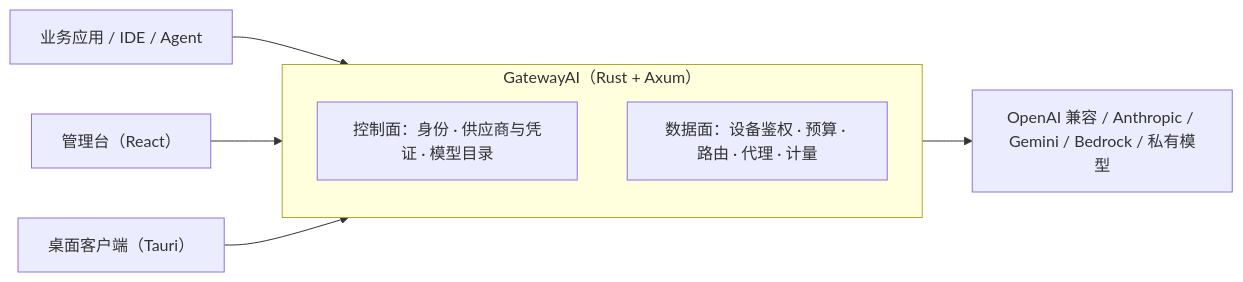
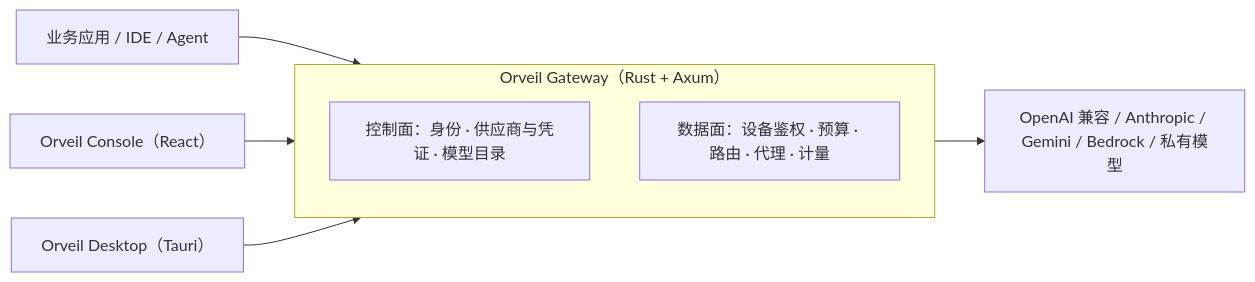
The diagram in README.md (Xiao-VoV/GatewayAI), drawn with Mermaid before and after one commit. The commit also changed other lines of this file and 122 other files, not shown here.

````diff
--- a/README.md
+++ b/README.md
@@ -62,14 +109,14 @@
 ```mermaid
 flowchart LR
     CLIENT["业务应用 / IDE / Agent"] --> GW
-    ADMIN["管理台（React）"] --> GW
-    DESKTOP["桌面客户端（Tauri）"] --> GW
+    ADMIN["Orveil Console（React）"] --> GW
+    DESKTOP["Orveil Desktop（Tauri）"] --> GW
 
-    subgraph GW["GatewayAI（Rust + Axum）"]
+    subgraph GW["Orveil Gateway（Rust + Axum）"]
         direction TB
         CP["控制面：身份 · 供应商与凭证 · 模型目录"]
         DP["数据面：设备鉴权 · 预算 · 路由 · 代理 · 计量"]
     end
 
     GW --> UP["OpenAI 兼容 / Anthropic / Gemini / Bedrock / 私有模型"]
 ```
````
